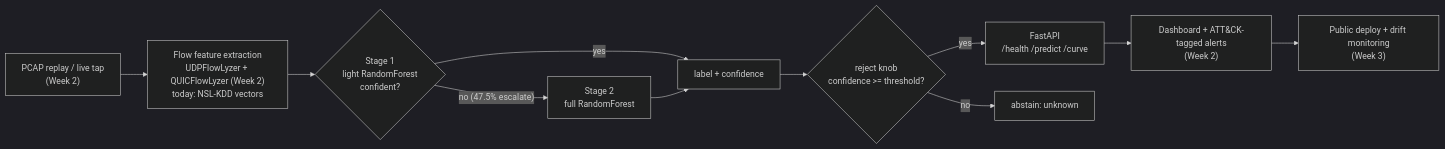
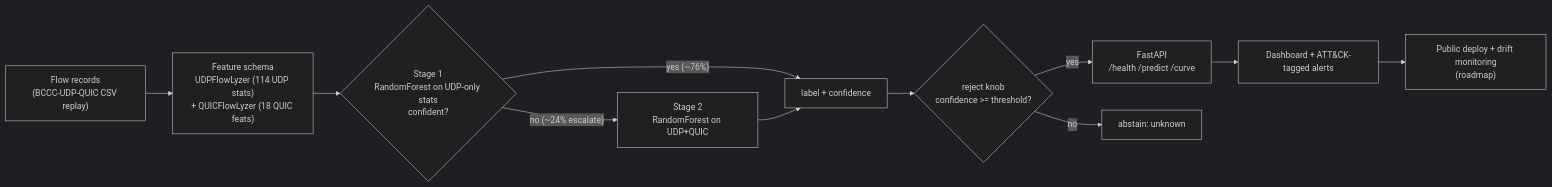
Before and after one commit to Aeripsen/flowsentry: the diagram in README.md, drawn with Mermaid (dark theme). The commit also changed other lines of this file and 23 other files, not shown here.

First line of the commit message:
Rebuild FlowSentry on the real BCCC-UDP-QUIC-IDS-2025 dataset

````diff
--- a/README.md
+++ b/README.md
@@ -25,13 +30,13 @@
 ```mermaid
 flowchart LR
-    A["PCAP replay / live tap<br/>(Week 2)"] --> B["Flow feature extraction<br/>UDPFlowLyzer + QUICFlowLyzer (Week 2)<br/>today: NSL-KDD vectors"]
-    B --> C{"Stage 1<br/>light RandomForest<br/>confident?"}
-    C -- "yes" --> E["label + confidence"]
-    C -- "no (47.5% escalate)" --> D["Stage 2<br/>full RandomForest"]
+    A["Flow records<br/>(BCCC-UDP-QUIC CSV replay)"] --> B["Feature schema<br/>UDPFlowLyzer (114 UDP stats)<br/>+ QUICFlowLyzer (18 QUIC feats)"]
+    B --> C{"Stage 1<br/>RandomForest on UDP-only stats<br/>confident?"}
+    C -- "yes (~76%)" --> E["label + confidence"]
+    C -- "no (~24% escalate)" --> D["Stage 2<br/>RandomForest on UDP+QUIC"]
     D --> E
     E --> F{"reject knob<br/>confidence >= threshold?"}
     F -- "yes" --> G["FastAPI<br/>/health /predict /curve"]
     F -- "no" --> H["abstain: unknown"]
-    G --> I["Dashboard + ATT&CK-tagged alerts<br/>(Week 2)"]
-    I --> J["Public deploy + drift monitoring<br/>(Week 3)"]
+    G --> I["Dashboard + ATT&CK-tagged alerts"]
+    I --> J["Public deploy + drift monitoring<br/>(roadmap)"]
 ```
````
